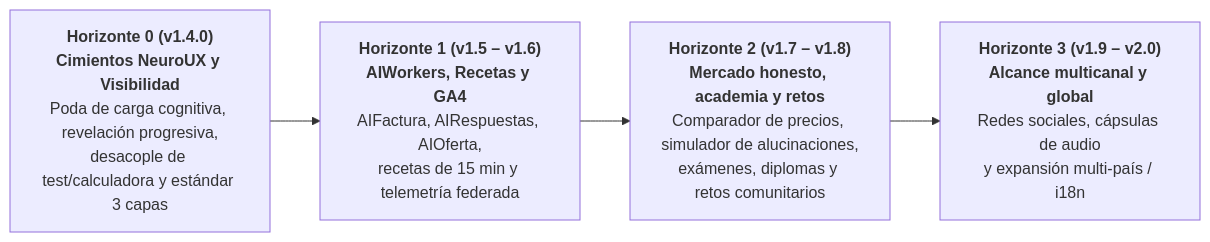
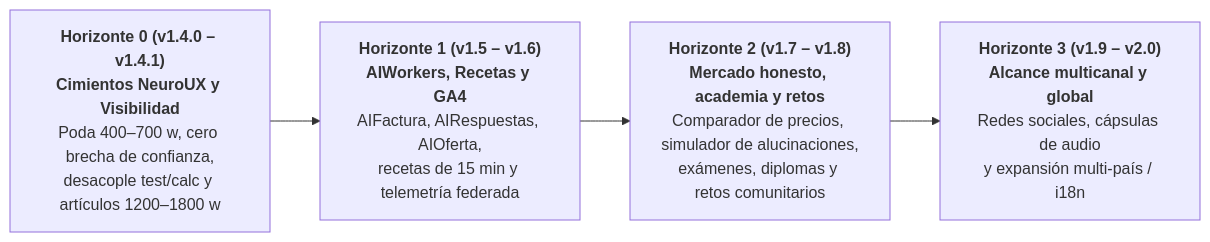
Before and after one commit to aievolutio-com/aievolutio.com: the diagram in docs/roadmap.md, drawn with Mermaid. The commit also changed other lines of this file and 77 other files, not shown here.

````diff
--- a/docs/roadmap.md
+++ b/docs/roadmap.md
@@ -39,9 +40,9 @@
 ```mermaid
 flowchart LR
-  H0["<b>Horizonte 0 (v1.4.0)</b><br><b>Cimientos NeuroUX y Visibilidad</b><br>Poda de carga cognitiva, revelación progresiva,<br>desacople de test/calculadora y estándar 3 capas"]
+  H0["<b>Horizonte 0 (v1.4.0 – v1.4.1)</b><br><b>Cimientos NeuroUX y Visibilidad</b><br>Poda 400–700 w, cero brecha de confianza,<br>desacople test/calc y artículos 1200–1800 w"]
   H1["<b>Horizonte 1 (v1.5 – v1.6)</b><br><b>AIWorkers, Recetas y GA4</b><br>AIFactura, AIRespuestas, AIOferta,<br>recetas de 15 min y telemetría federada"]
   H2["<b>Horizonte 2 (v1.7 – v1.8)</b><br><b>Mercado honesto, academia y retos</b><br>Comparador de precios, simulador de alucinaciones,<br>exámenes, diplomas y retos comunitarios"]
   H3["<b>Horizonte 3 (v1.9 – v2.0)</b><br><b>Alcance multicanal y global</b><br>Redes sociales, cápsulas de audio<br>y expansión multi-país / i18n"]
 
   H0 --> H1 --> H2 --> H3
 ```
````
